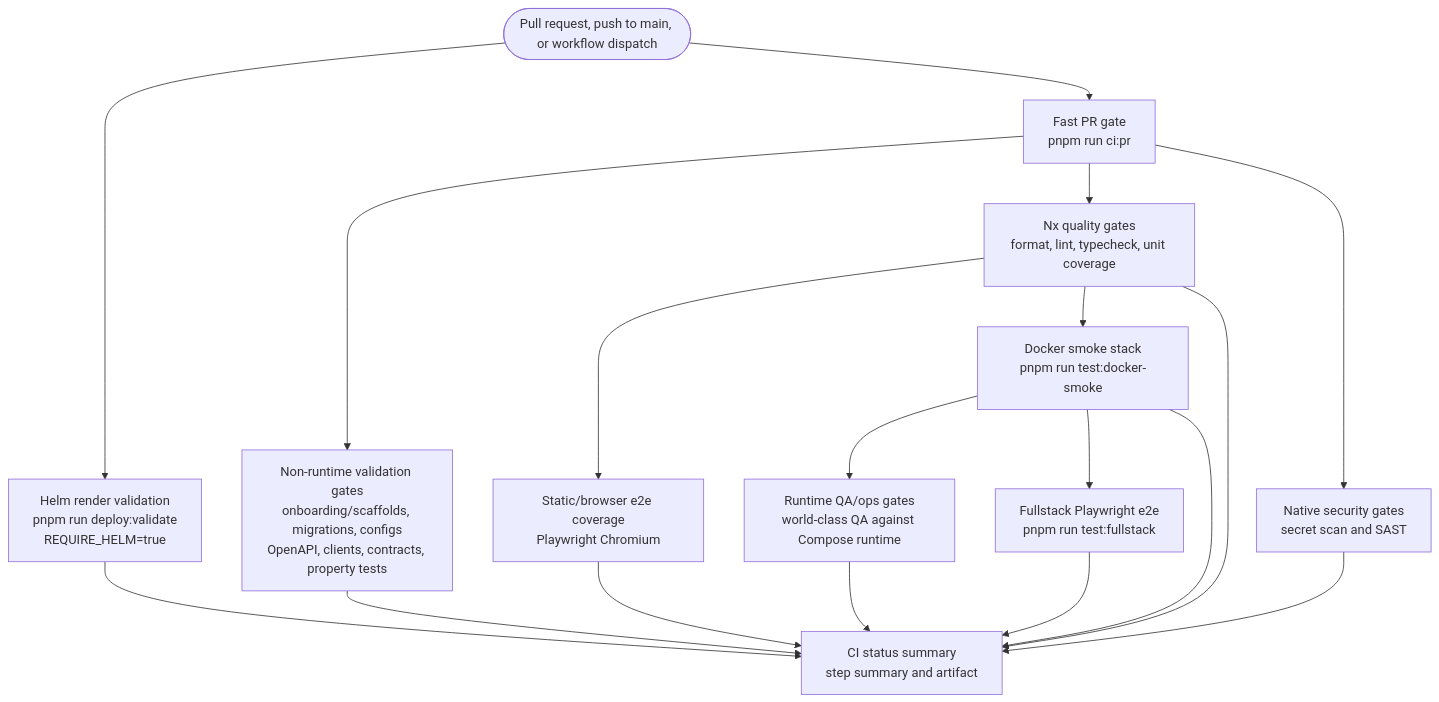
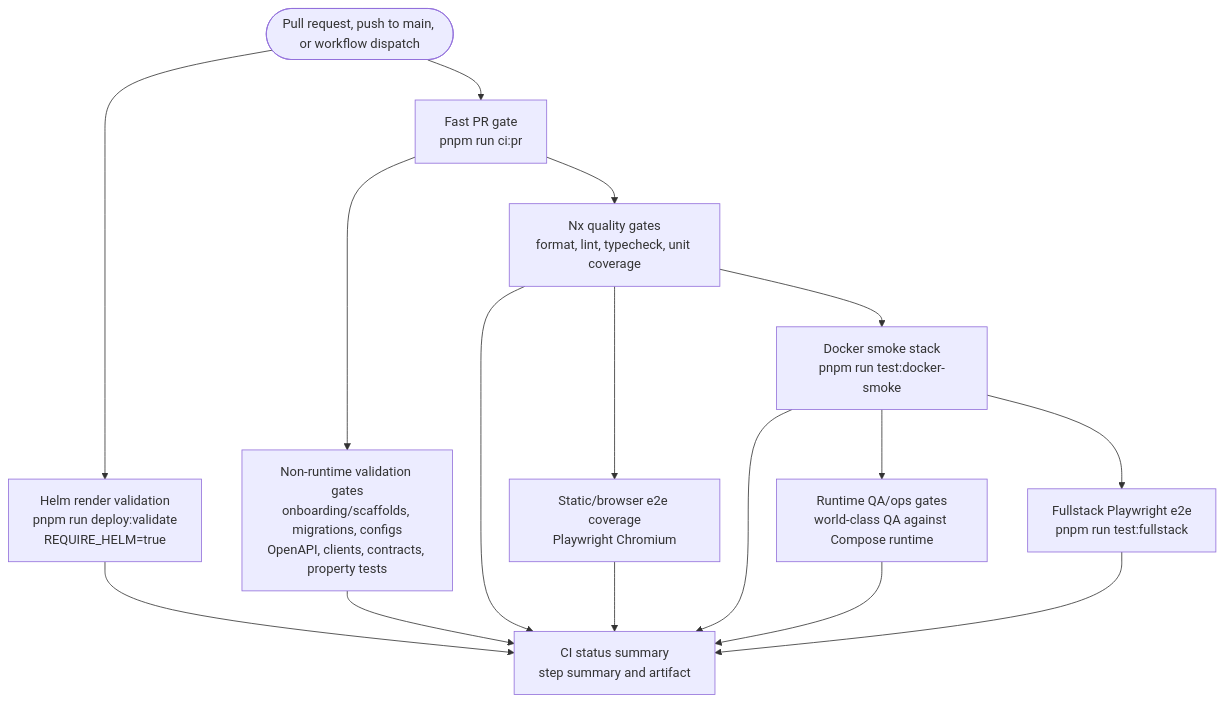
The diagram in docs/ci-observability.md (nmime/nest-react-boilerplate), drawn with Mermaid before and after one commit. The commit also changed other lines of this file and 87 other files, not shown here.

````diff
--- a/docs/ci-observability.md
+++ b/docs/ci-observability.md
@@ -29,31 +29,28 @@
 ```mermaid
 flowchart TD
   start([Pull request, push to main, or workflow dispatch])
   helm[Helm render validation<br/>pnpm run deploy:validate<br/>REQUIRE_HELM=true]
   fast[Fast PR gate<br/>pnpm run ci:pr]
   nonruntime[Non-runtime validation gates<br/>onboarding/scaffolds, migrations, configs<br/>OpenAPI, clients, contracts, property tests]
   quality[Nx quality gates<br/>format, lint, typecheck, unit coverage]
   browser[Static/browser e2e coverage<br/>Playwright Chromium]
   docker[Docker smoke stack<br/>pnpm run test:docker-smoke]
-  security[Native security gates<br/>secret scan and SAST]
   ops[Runtime QA/ops gates<br/>world-class QA against Compose runtime]
   fullstack[Fullstack Playwright e2e<br/>pnpm run test:fullstack]
   summary[CI status summary<br/>step summary and artifact]
   start --> helm
   start --> fast
   fast --> nonruntime
   fast --> quality
   quality --> browser
   quality --> docker
-  fast --> security
   docker --> ops
   docker --> fullstack
   helm --> summary
   nonruntime --> summary
   quality --> summary
   browser --> summary
   docker --> summary
-  security --> summary
   ops --> summary
   fullstack --> summary
 ```
````
